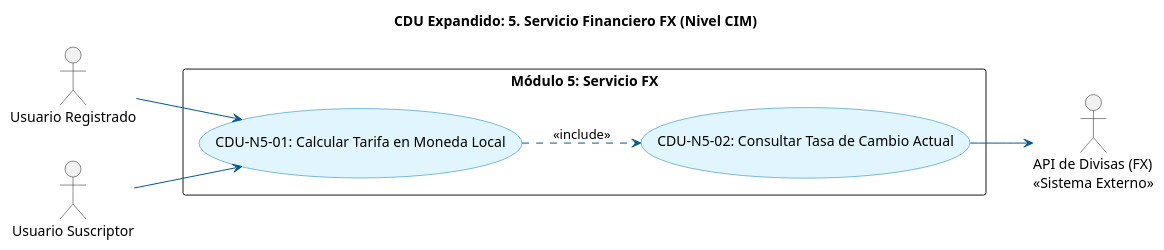
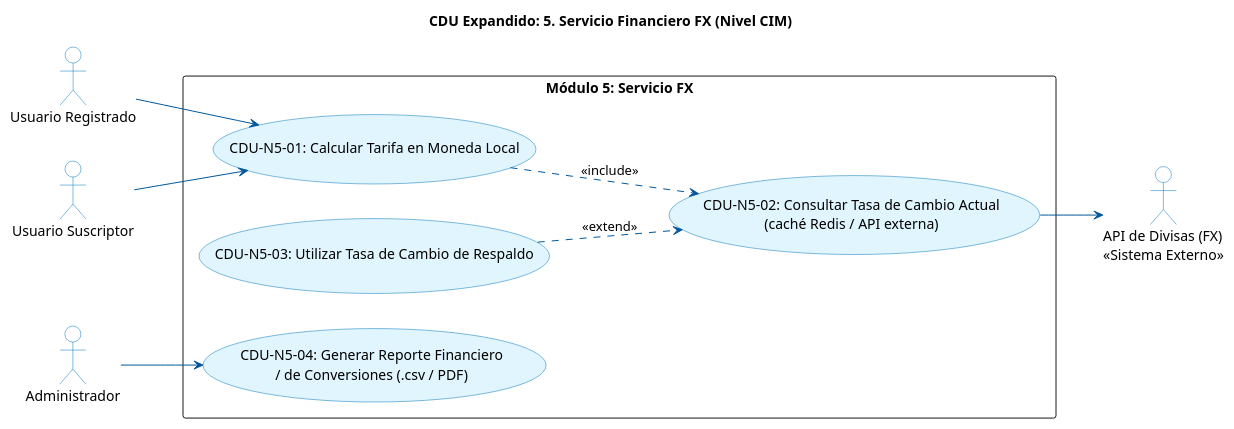
Before and after one commit to DMoises/-SA_PROYECTO_G4: the diagram in docs/temp/diagrams/casos de uso/5_servicio_fx.puml, drawn with PlantUML. The commit also changed 3 other files, not shown here.

Commit message:
docs: reconstruir CDU 4-7 desde codigo y agregar casos de uso de Fase 2

```diff
--- a/docs/temp/diagrams/casos de uso/5_servicio_fx.puml
+++ b/docs/temp/diagrams/casos de uso/5_servicio_fx.puml
@@ -1,24 +1,37 @@
 @startuml
 left to right direction
 skinparam packageStyle rectangle
 skinparam usecase {
   BackgroundColor #E1F5FE
   BorderColor #0277BD
   ArrowColor #01579B
 }
+skinparam actor {
+  BackgroundColor #FFFFFF
+  BorderColor #0277BD
+}
 title CDU Expandido: 5. Servicio Financiero FX (Nivel CIM)
 
 actor "Usuario Registrado" as registrado
 actor "Usuario Suscriptor" as suscriptor
+actor "Administrador" as admin
 actor "API de Divisas (FX)\n<<Sistema Externo>>" as fx
 
 package "Módulo 5: Servicio FX" {
+  ' Base alineada con fx-service (ConvertirMonto / ConsultarTasa + respaldo PostgreSQL)
   usecase "CDU-N5-01: Calcular Tarifa en Moneda Local" as calcular
-  usecase "CDU-N5-02: Consultar Tasa de Cambio Actual" as consultar
+  usecase "CDU-N5-02: Consultar Tasa de Cambio Actual\n(caché Redis / API externa)" as consultar
+  usecase "CDU-N5-03: Utilizar Tasa de Cambio de Respaldo" as respaldo
+  ' Fase 2
+  usecase "CDU-N5-04: Generar Reporte Financiero\n/ de Conversiones (.csv / PDF)" as reporte
 }
 
 registrado --> calcular
 suscriptor --> calcular
+admin --> reporte
+
 calcular ..> consultar : <<include>>
 consultar --> fx
+respaldo ..> consultar : <<extend>>
+
 @enduml
```
